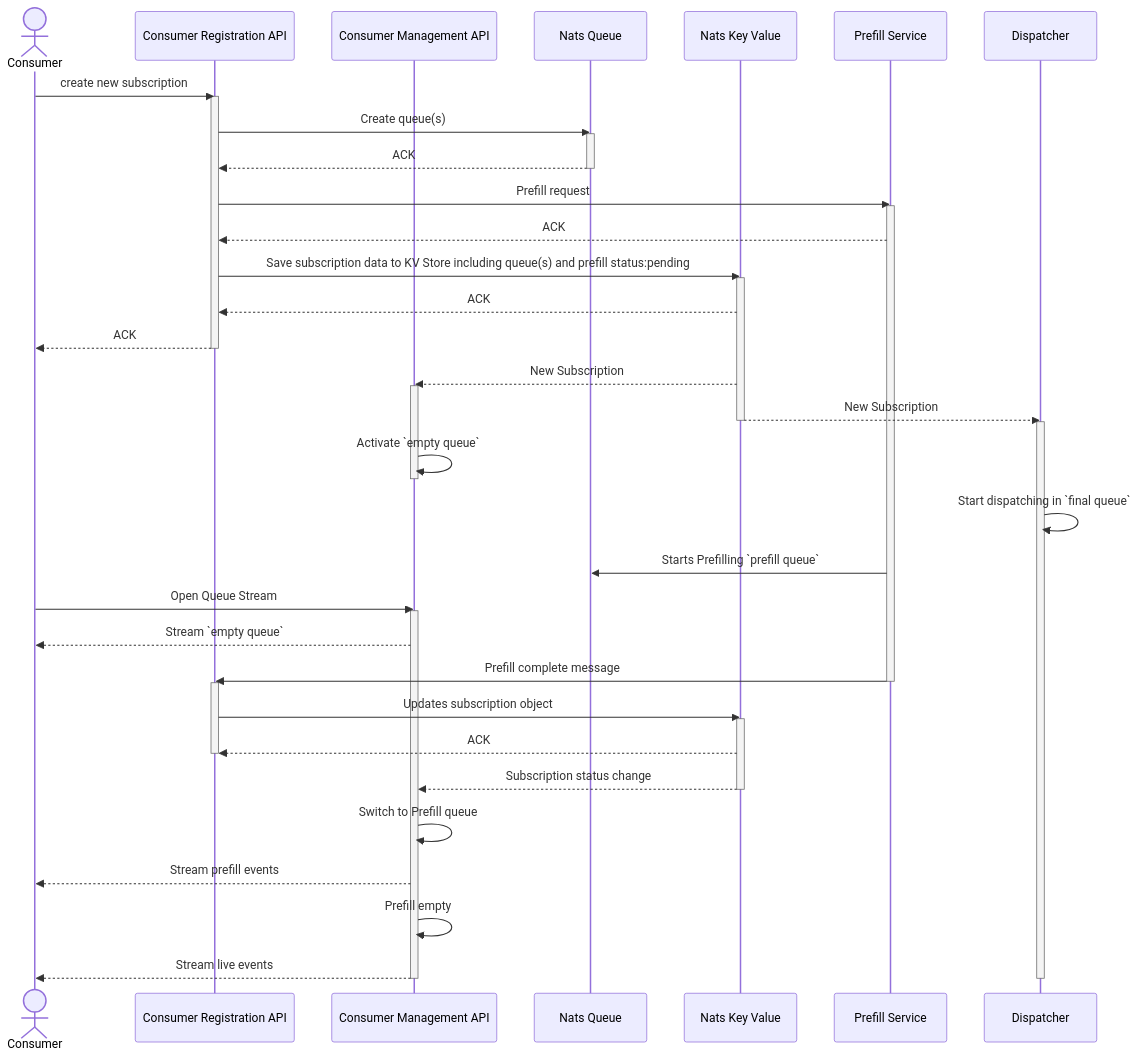
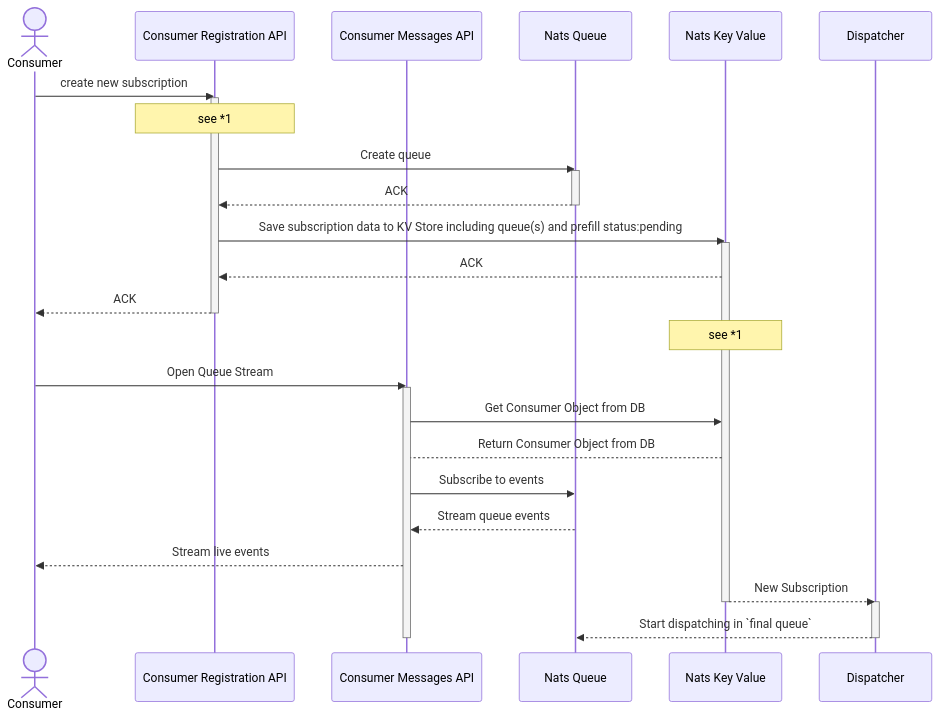
Before and after one commit to univention/provisioning-api: the first of 4 diagrams in docs/prefill/prefill-architecture.md, drawn with Mermaid. The commit also changed other lines of this file, not shown here.

Commit message:
docs: updated prefill documentation after architecture discussion

````diff
--- a/docs/prefill/prefill-architecture.md
+++ b/docs/prefill/prefill-architecture.md
@@ -2,53 +4,37 @@
 ```mermaid
 sequenceDiagram
     actor Consumer
     participant ConsumerRegAPI as Consumer Registration API
-    participant ConsumerMgmtAPI as Consumer Management API
+    participant ConsumerMessagesAPI as Consumer Messages API
     participant NatsQ as Nats Queue
     participant NatsKV as Nats Key Value
-    participant PrefillService as Prefill Service
     participant Dispatcher
 
 
     Consumer->>ConsumerRegAPI: create new subscription
     activate ConsumerRegAPI
-    ConsumerRegAPI->>NatsQ: Create queue(s)
+    Note over ConsumerRegAPI: see *1
+    ConsumerRegAPI->>NatsQ: Create queue
     activate NatsQ
     NatsQ-->>ConsumerRegAPI: ACK
     deactivate NatsQ
-    ConsumerRegAPI->>PrefillService: Prefill request
-    activate PrefillService
-    PrefillService-->>ConsumerRegAPI: ACK
     ConsumerRegAPI->>NatsKV: Save subscription data to KV Store including queue(s) and prefill status:pending
     activate NatsKV
     NatsKV-->>ConsumerRegAPI: ACK
     ConsumerRegAPI-->>Consumer: ACK
     deactivate ConsumerRegAPI
-    NatsKV-->>ConsumerMgmtAPI: New Subscription
-    activate ConsumerMgmtAPI
+    Note over NatsKV: see *1
+    Consumer->>ConsumerMessagesAPI: Open Queue Stream
+    activate ConsumerMessagesAPI
+    ConsumerMessagesAPI->>NatsKV: Get Consumer Object from DB
+    NatsKV-->ConsumerMessagesAPI: Return Consumer Object from DB
+    ConsumerMessagesAPI->>NatsQ: Subscribe to events
+    NatsQ-->>ConsumerMessagesAPI: Stream queue events
+    ConsumerMessagesAPI-->>Consumer: Stream live events
     NatsKV-->>Dispatcher: New Subscription
     activate Dispatcher
     deactivate NatsKV
-    ConsumerMgmtAPI->>ConsumerMgmtAPI: Activate `empty queue`
-    deactivate ConsumerMgmtAPI
-    Dispatcher->>Dispatcher: Start dispatching in `final queue`
-    PrefillService->>NatsQ: Starts Prefilling `prefill queue`
-    Consumer->>ConsumerMgmtAPI: Open Queue Stream
-    activate ConsumerMgmtAPI
-    ConsumerMgmtAPI-->>Consumer: Stream `empty queue`
-    PrefillService->>ConsumerRegAPI: Prefill complete message
-    deactivate PrefillService
-    activate ConsumerRegAPI
-    ConsumerRegAPI->>NatsKV: Updates subscription object
-    activate NatsKV
-    NatsKV-->>ConsumerRegAPI: ACK
-    deactivate ConsumerRegAPI
-    NatsKV-->>ConsumerMgmtAPI: Subscription status change
-    deactivate NatsKV
-    ConsumerMgmtAPI->>ConsumerMgmtAPI: Switch to Prefill queue
-    ConsumerMgmtAPI-->>Consumer: Stream prefill events
-    ConsumerMgmtAPI->>ConsumerMgmtAPI: Prefill empty
-    ConsumerMgmtAPI-->>Consumer: Stream live events
+    Dispatcher-->>NatsQ: Start dispatching in `final queue`
     deactivate Dispatcher
-    deactivate ConsumerMgmtAPI
+    deactivate ConsumerMessagesAPI
 ```
````
